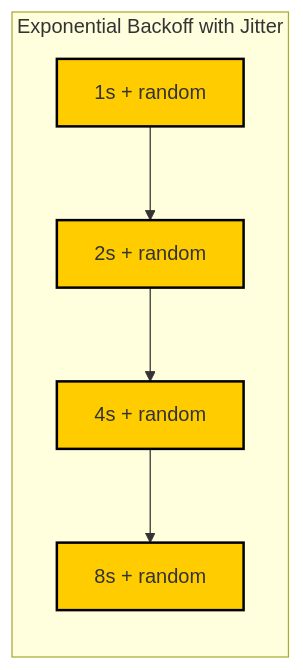
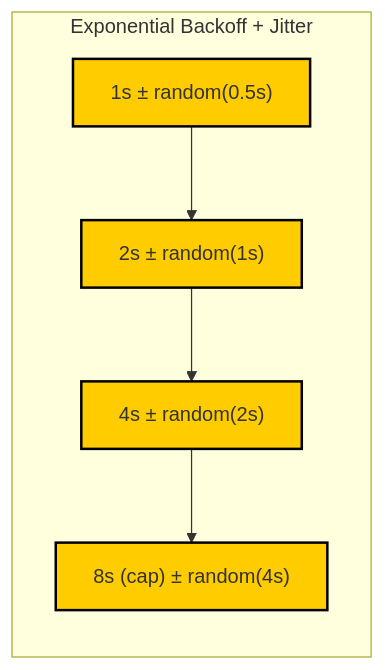
One commit to sujeet-pro/legacy-personal-site changed the fourth of 8 diagrams in v4/content/articles/programming-patterns/javascript-patterns/async-queue-pattern/README.md. Above: the diagram before and after it, drawn with Mermaid. The commit also changed other lines of this file and 115 other files, not shown here.

````diff
--- a/v4/content/articles/programming-patterns/javascript-patterns/async-queue-pattern/README.md
+++ b/v4/content/articles/programming-patterns/javascript-patterns/async-queue-pattern/README.md
@@ -287,16 +343,14 @@
 ```mermaid
 graph LR
-    subgraph "Exponential Backoff with Jitter"
-        T1[1s + random]
-        T2[2s + random]
-        T3[4s + random]
-        T4[8s + random]
+    subgraph "Exponential Backoff + Jitter"
+        T1["1s ± random(0.5s)"]
+        T2["2s ± random(1s)"]
+        T3["4s ± random(2s)"]
+        T4["8s (cap) ± random(4s)"]
     end
 
-    T1 --> T2
-    T2 --> T3
-    T3 --> T4
+    T1 --> T2 --> T3 --> T4
 
     classDef timeClass fill:#ffcc00,stroke:#000,stroke-width:2px
     class T1,T2,T3,T4 timeClass
 ```
````
